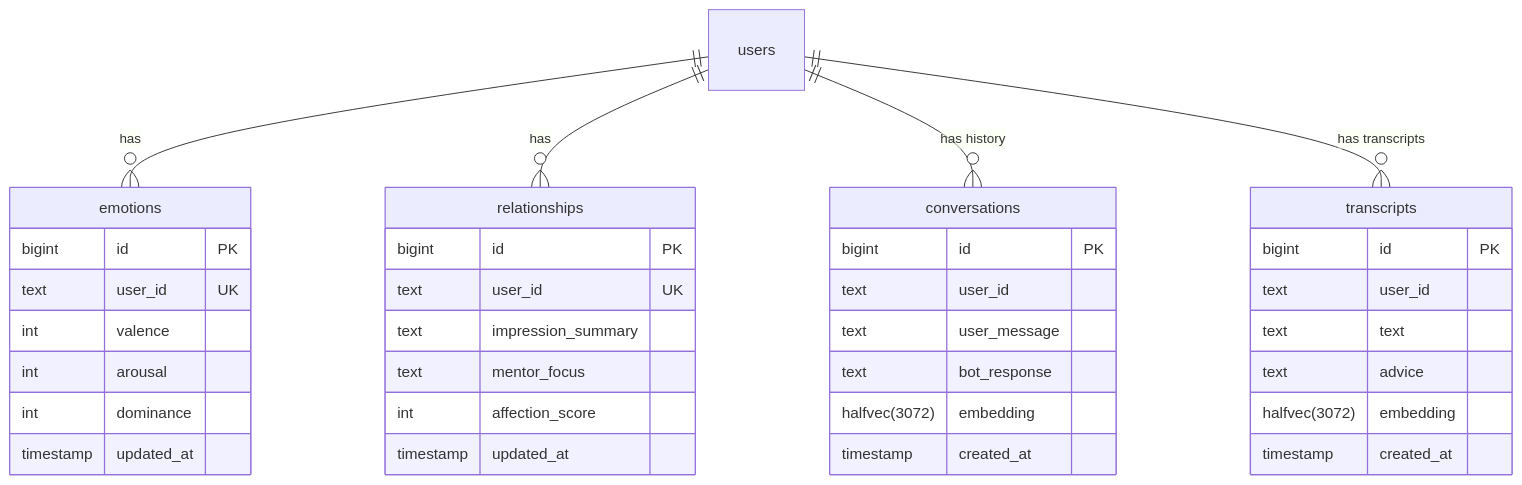
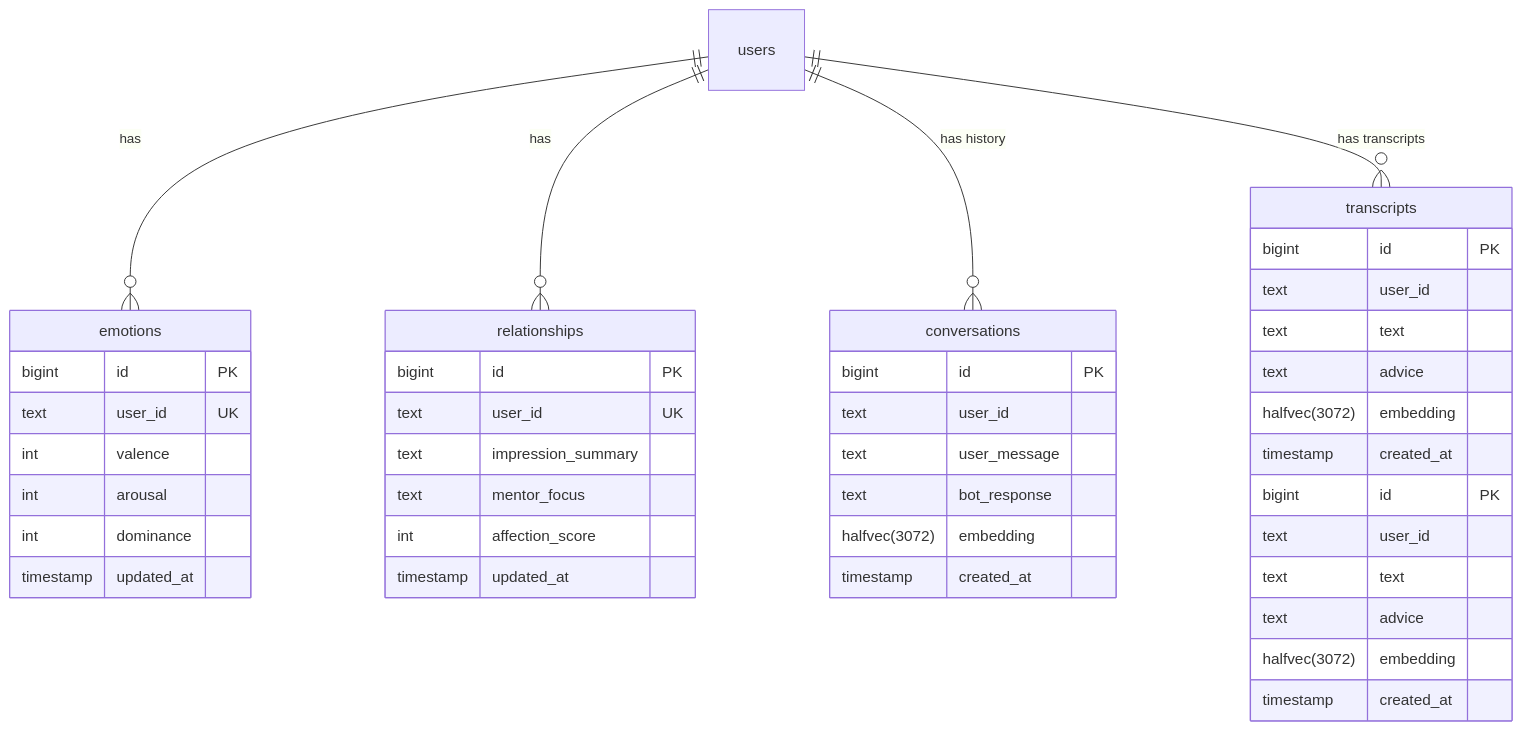
One commit to litoma/aimolt changed the diagram in README.md. Above: the diagram before and after it, drawn with Mermaid. The commit also changed other lines of this file and 1 other file, not shown here.

Commit message:
docs: Add Supabase setup guide

````diff
--- a/README.md
+++ b/README.md
@@ -91,43 +91,51 @@
 ```mermaid
 erDiagram
     users ||--o{ emotions : "has"
     users ||--o{ relationships : "has"
     users ||--o{ conversations : "has history"
     users ||--o{ transcripts : "has transcripts"
 
     emotions {
         bigint id PK
         text user_id UK
         int valence
         int arousal
         int dominance
         timestamp updated_at
     }
 
     relationships {
         bigint id PK
         text user_id UK
         text impression_summary
         text mentor_focus
         int affection_score
         timestamp updated_at
     }
 
     conversations {
         bigint id PK
         text user_id
         text user_message
         text bot_response
         halfvec(3072) embedding
         timestamp created_at
     }
 
     transcripts {
         bigint id PK
         text user_id
         text text
         text advice
         halfvec(3072) embedding
         timestamp created_at
     }
+    transcripts {
+        bigint id PK
+        text user_id
+        text text
+        text advice
+        halfvec(3072) embedding
+        timestamp created_at
+    }
 ```
````
